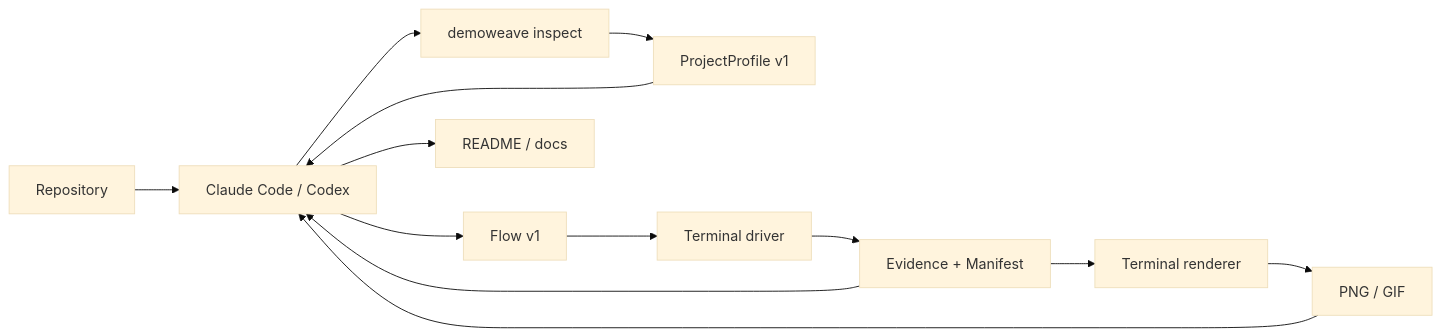
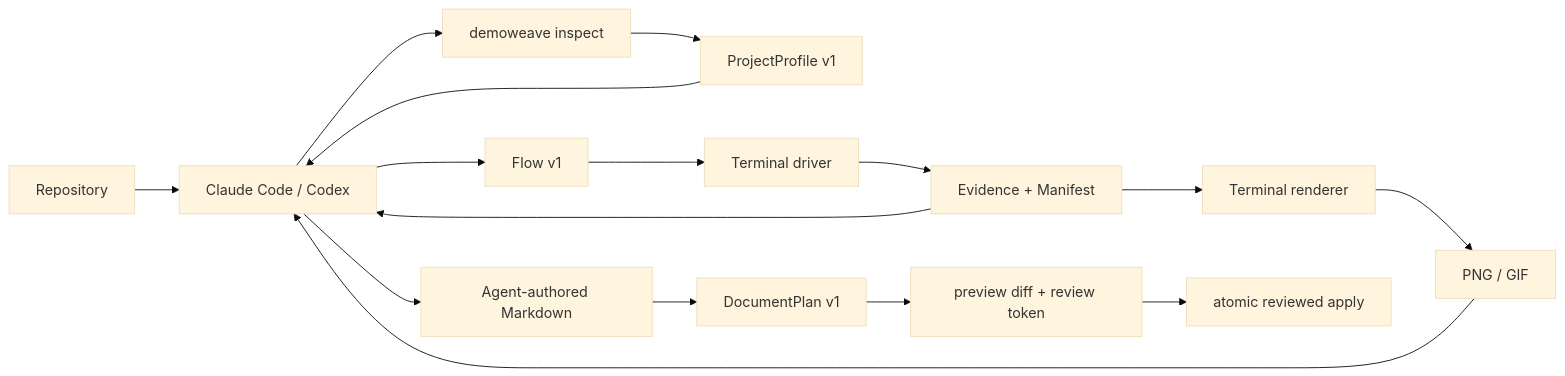
Before and after one commit to KingHacker9000/demoweave: the diagram in README.md, drawn with Mermaid (base theme). The commit also changed other lines of this file, not shown here.

Commit message:
docs: document shipped M5 Markdown workflow

````diff
--- a/README.md
+++ b/README.md
@@ -45,15 +45,18 @@
 ```mermaid
 flowchart LR
     R["Repository"] --> A["Claude Code / Codex"]
     A --> I["demoweave inspect"]
     I --> P["ProjectProfile v1"]
     P --> A
     A --> F["Flow v1"]
     F --> D["Terminal driver"]
     D --> E["Evidence + Manifest"]
     E --> V["Terminal renderer"]
     V --> M["PNG / GIF"]
     E --> A
     M --> A
-    A --> O["README / docs"]
+    A --> W["Agent-authored Markdown"]
+    W --> DP["DocumentPlan v1"]
+    DP --> RV["preview diff + review token"]
+    RV --> AP["atomic reviewed apply"]
 ```
````
